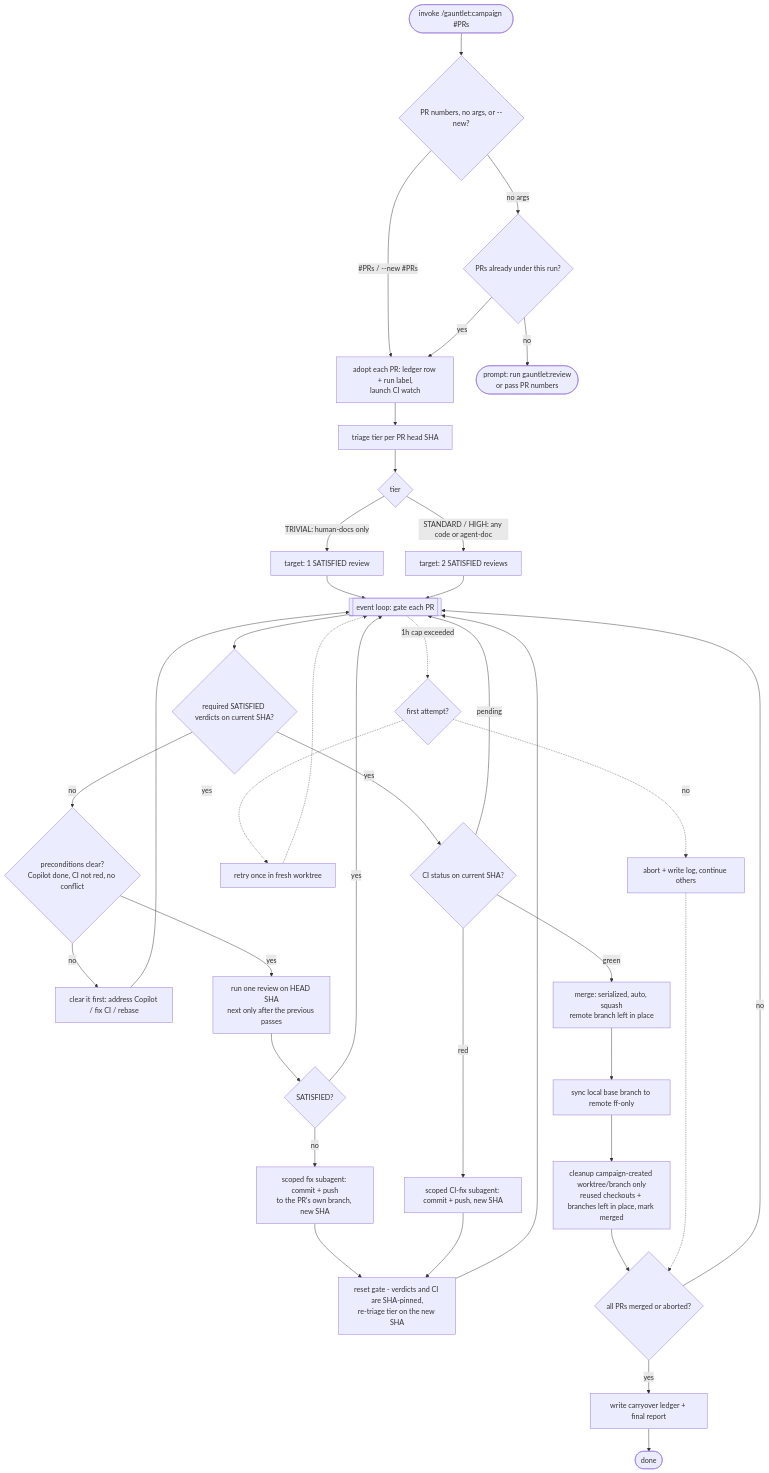
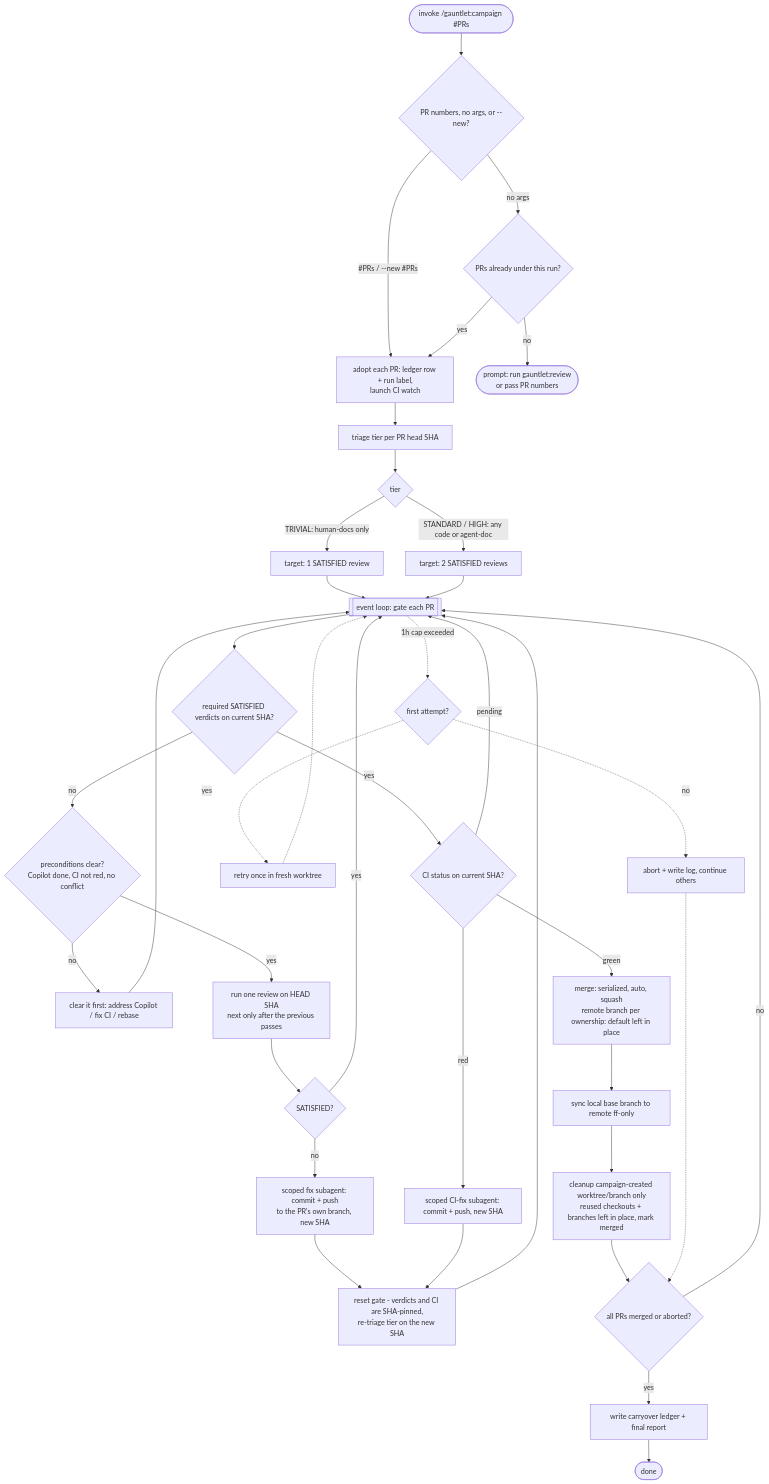
Before and after one commit to lestrrat-ai/claude-code-plugins: the diagram in plugins/gauntlet/skills/campaign/README.md, drawn with Mermaid. The commit also changed other lines of this file and 1 other file, not shown here.

Commit message:
fix frontmatter args, api-approval caveat, merge node

````diff
--- a/plugins/gauntlet/skills/campaign/README.md
+++ b/plugins/gauntlet/skills/campaign/README.md
@@ -113,40 +114,40 @@
 ```mermaid
 flowchart TD
     A(["invoke /gauntlet:campaign #PRs"]) --> B{PR numbers, no args, or --new?}
     B -- "#PRs / --new #PRs" --> C[adopt each PR: ledger row + run label,<br/>launch CI watch]
     B -- "no args" --> D{PRs already under this run?}
     D -- yes --> C
     D -- no --> E([prompt: run gauntlet:review<br/>or pass PR numbers])
     C --> F[triage tier per PR head SHA]
     F --> G{tier}
     G -- "TRIVIAL: human-docs only" --> H[target: 1 SATISFIED review]
     G -- "STANDARD / HIGH: any code or agent-doc" --> I[target: 2 SATISFIED reviews]
     H --> M[[event loop: gate each PR]]
     I --> M
 
     M --> N{required SATISFIED verdicts on current SHA?}
     N -- no --> PC{preconditions clear?<br/>Copilot done, CI not red, no conflict}
     PC -- no --> PCF[clear it first: address Copilot / fix CI / rebase] --> M
     PC -- yes --> O[run one review on HEAD SHA<br/>next only after the previous passes]
     O --> P{SATISFIED?}
     P -- no --> Q[scoped fix subagent: commit + push<br/>to the PR's own branch, new SHA]
     P -- yes --> M
     N -- yes --> R{CI status on current SHA?}
     R -- red --> S[scoped CI-fix subagent: commit + push, new SHA]
     R -- pending --> M
     Q --> T[reset gate - verdicts and CI are SHA-pinned,<br/>re-triage tier on the new SHA]
     S --> T
     T --> M
-    R -- green --> U[merge: serialized, auto, squash<br/>remote branch left in place]
+    R -- green --> U[merge: serialized, auto, squash<br/>remote branch per ownership: default left in place]
     U --> U2[sync local base branch to remote ff-only]
     U2 --> V[cleanup campaign-created worktree/branch only<br/>reused checkouts + branches left in place, mark merged]
     V --> W{all PRs merged or aborted?}
     W -- no --> M
     W -- yes --> X[write carryover ledger + final report] --> X2([done])
 
     M -. 1h cap exceeded .-> Y{first attempt?}
     Y -. yes .-> Z[retry once in fresh worktree]
     Z -.-> M
     Y -. no .-> AA[abort + write log, continue others]
     AA -.-> W
 ```
````
